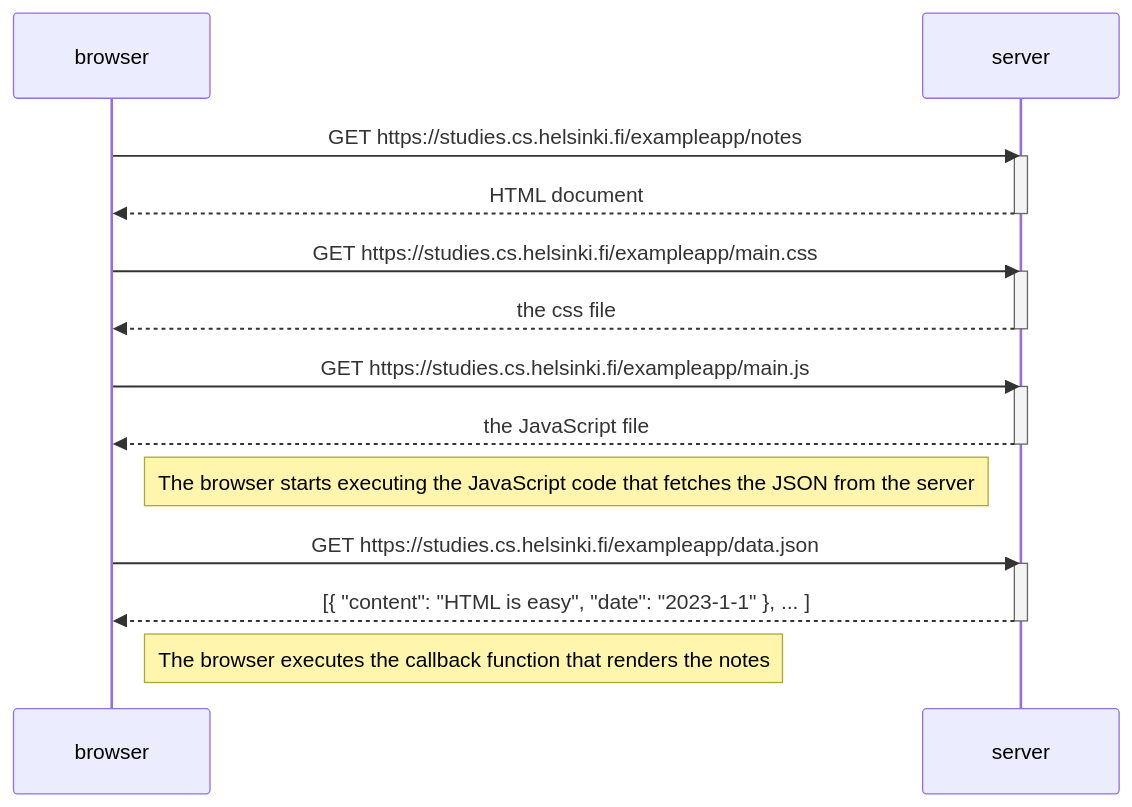
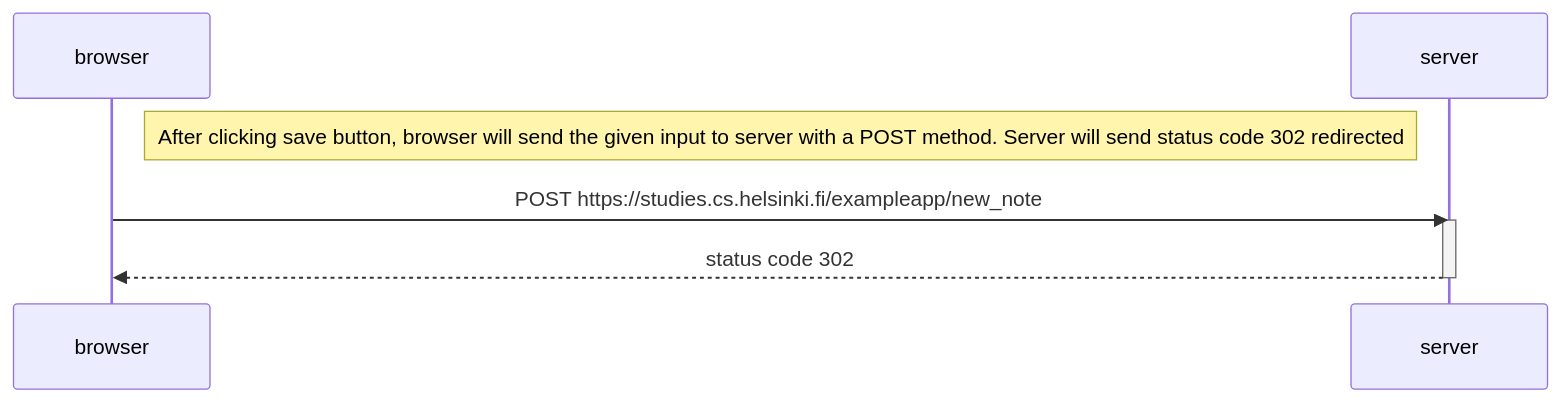
Before and after one commit to agnaldobrito/fullstackopen-submissions: the diagram in part0/ex_04.md, drawn with Mermaid. The commit also changed 2 other files, not shown here.

Commit message:
exercises 4,5,6

````diff
--- a/part0/ex_04.md
+++ b/part0/ex_04.md
@@ -1,31 +1,13 @@
 ```mermaid
 sequenceDiagram
     participant browser
     participant server
-    
-    browser->>server: GET https://studies.cs.helsinki.fi/exampleapp/notes
+
+    Note right of browser: After clicking save button, browser will send the given input to server with a POST method. Server will send status code 302 redirected
+
+    browser->>server: POST https://studies.cs.helsinki.fi/exampleapp/new_note
     activate server
-    server-->>browser: HTML document
+    server-->>browser: status code 302
     deactivate server
     
-    browser->>server: GET https://studies.cs.helsinki.fi/exampleapp/main.css
-    activate server
-    server-->>browser: the css file
-    deactivate server
-    
-    browser->>server: GET https://studies.cs.helsinki.fi/exampleapp/main.js
-    activate server
-    server-->>browser: the JavaScript file
-    deactivate server
-    
-    Note right of browser: The browser starts executing the JavaScript code that fetches the JSON from the server
-    
-    browser->>server: GET https://studies.cs.helsinki.fi/exampleapp/data.json
-    activate server
-    server-->>browser: [{ "content": "HTML is easy", "date": "2023-1-1" }, ... ]
-    deactivate server    
-
-    Note right of browser: The browser executes the callback function that renders the notes 
-
-
 ```
````
